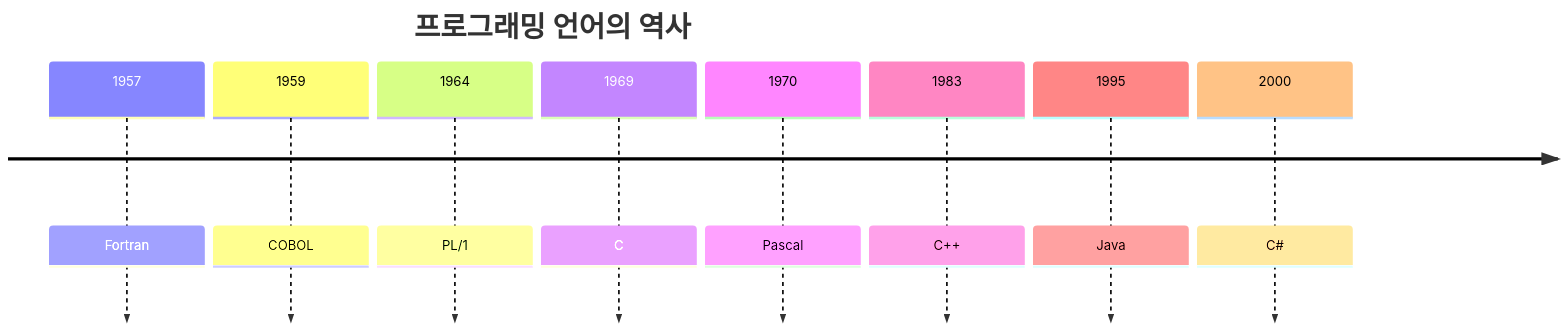
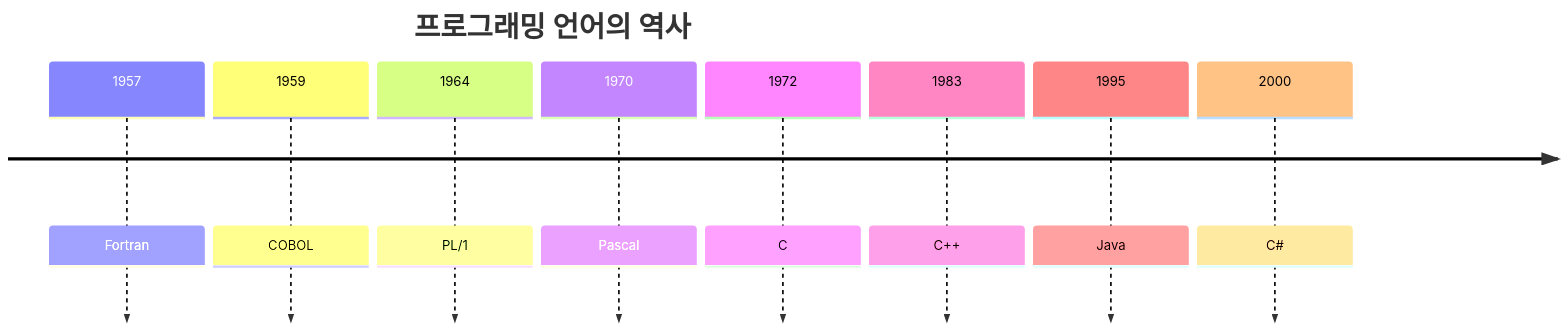
One commit to 42jerrykim/42jerrykim.github.io changed the first of 3 diagrams in content/collection/cleanarchitecture/09-programming-paradigms-introduction/index.md. Above: the diagram before and after it, drawn with Mermaid. The commit also changed other lines of this file and 45 other files, not shown here.

First line of the commit message:
content: cleanarchitecture 챕터 전체에 숫자 없는 slug 추가

````diff
--- a/content/collection/cleanarchitecture/09-programming-paradigms-introduction/index.md
+++ b/content/collection/cleanarchitecture/09-programming-paradigms-introduction/index.md
@@ -75,12 +75,12 @@
 ```mermaid
 timeline
     title 프로그래밍 언어의 역사
     1957 : Fortran
     1959 : COBOL
     1964 : PL/1
-    1969 : C
     1970 : Pascal
+    1972 : C
     1983 : C++
     1995 : Java
     2000 : C#
 ```
````
